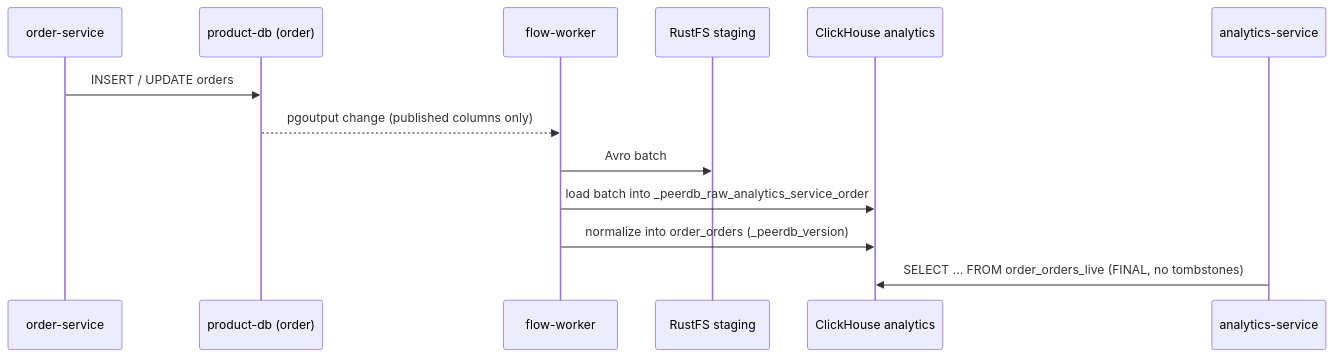
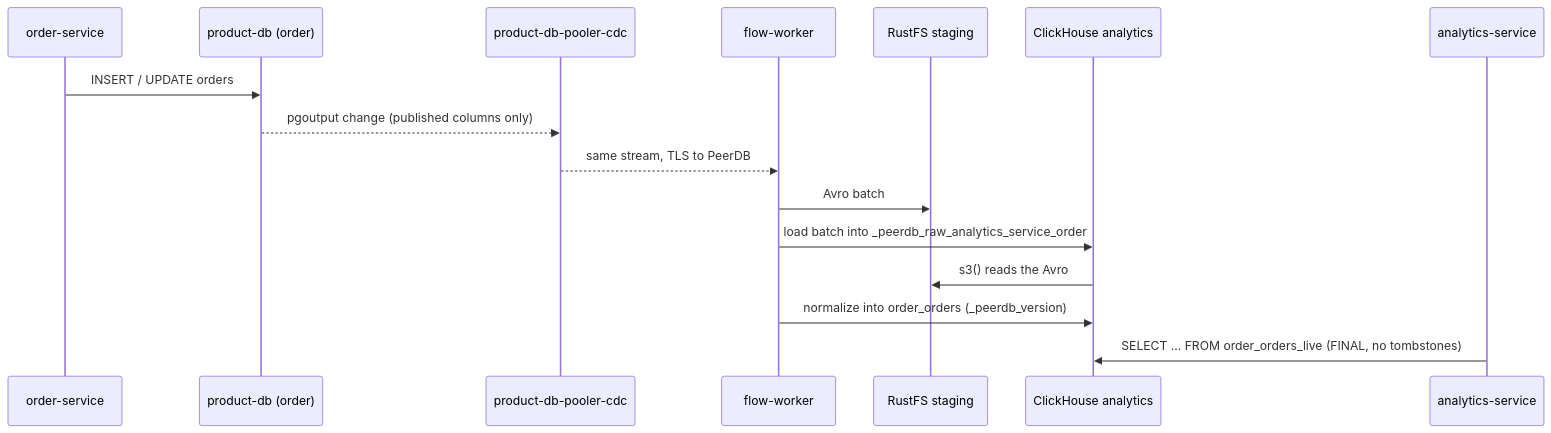
Before and after one commit to duynhlab/homelab: the diagram in docs/databases/cdc/README.md, drawn with Mermaid. The commit also changed 11 other files, not shown here.

Commit message:
Redraw RFC-0030's Mermaid diagrams as deployed (#1385)

````diff
--- a/docs/databases/cdc/README.md
+++ b/docs/databases/cdc/README.md
@@ -109,15 +109,18 @@
 ```mermaid
 sequenceDiagram
     participant App as order-service
     participant PG as product-db (order)
+    participant PB as product-db-pooler-cdc
     participant W as flow-worker
     participant S3 as RustFS staging
     participant CH as ClickHouse analytics
     participant API as analytics-service
     App->>PG: INSERT / UPDATE orders
-    PG-->>W: pgoutput change (published columns only)
+    PG-->>PB: pgoutput change (published columns only)
+    PB-->>W: same stream, TLS to PeerDB
     W->>S3: Avro batch
     W->>CH: load batch into _peerdb_raw_analytics_service_order
+    CH->>S3: s3() reads the Avro
     W->>CH: normalize into order_orders (_peerdb_version)
     API->>CH: SELECT … FROM order_orders_live (FINAL, no tombstones)
 ```
````
